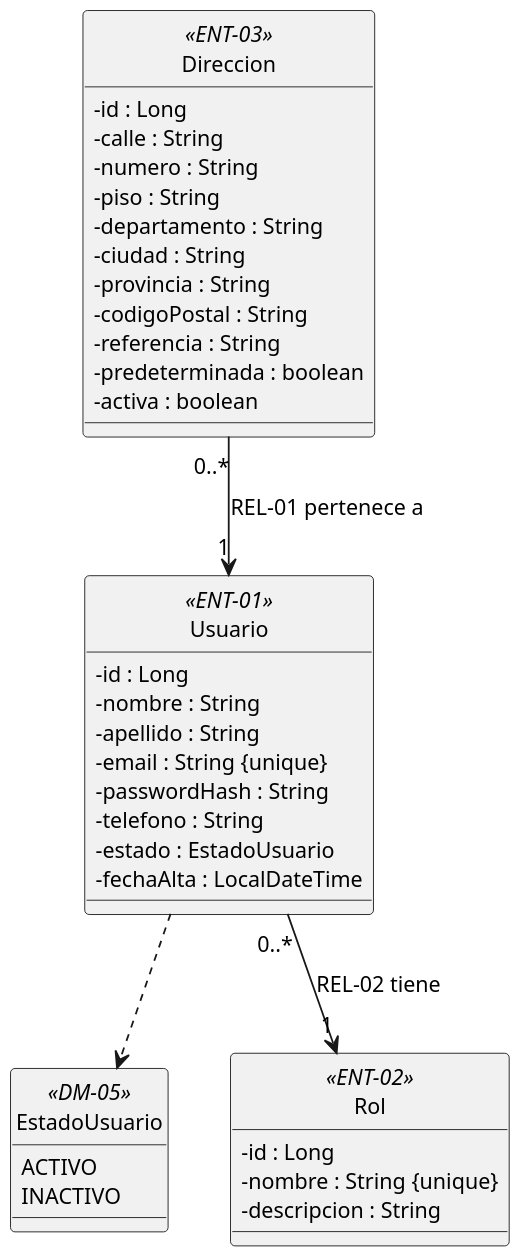
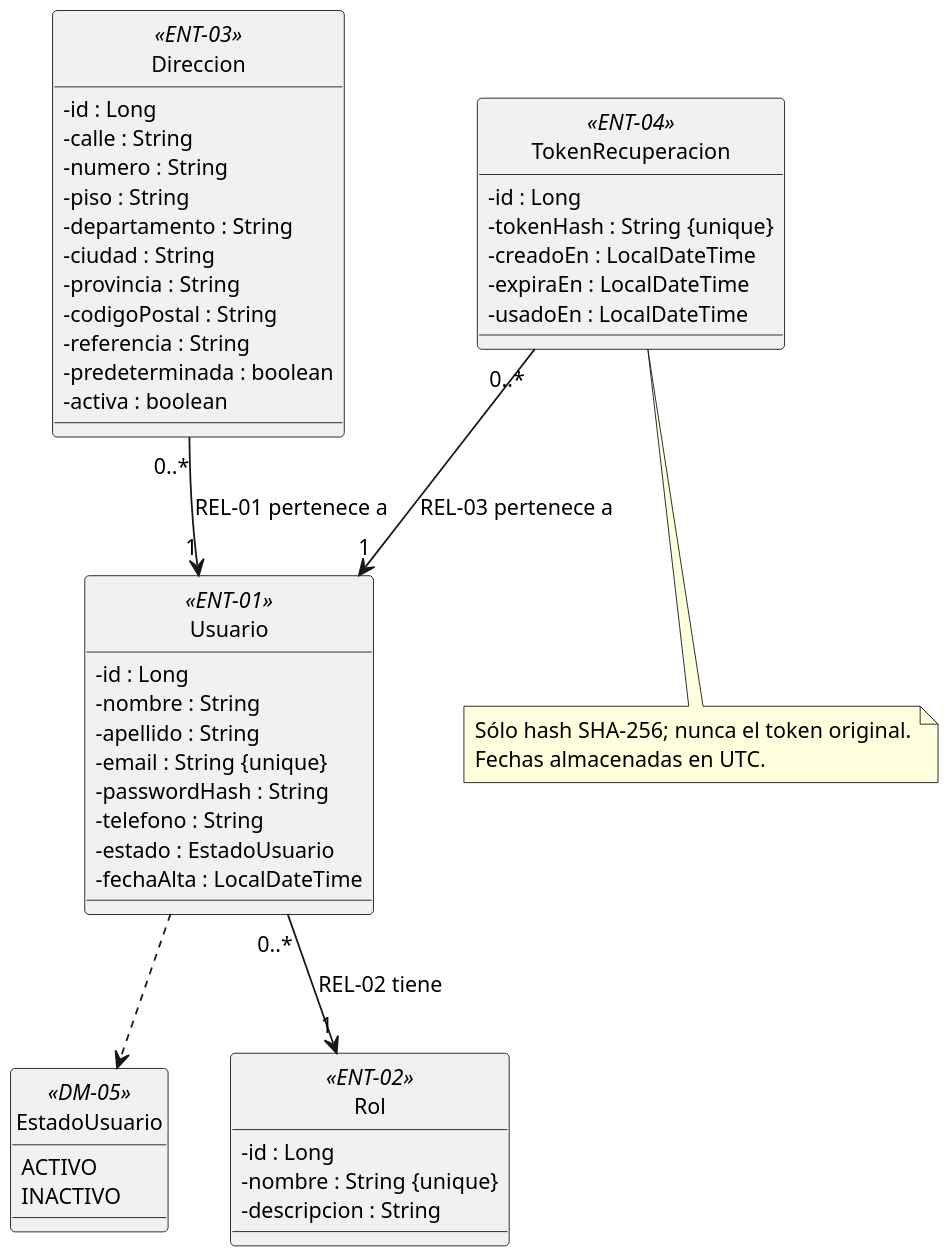
The diagram in doc/Diagramas/clases.puml (CarlaGorgal2002/deliverygo-usuarios-auth), drawn with PlantUML before and after one commit. The commit also changed 50 other files, not shown here.

Commit message:
docs: completar entrega con Postman, diagramas e integraciones verificadas

```diff
--- a/doc/Diagramas/clases.puml
+++ b/doc/Diagramas/clases.puml
@@ -1,41 +1,50 @@
 @startuml clases
 skinparam dpi 170
 skinparam classAttributeIconSize 0
 skinparam defaultFontSize 12
 hide circle
 class Usuario <<ENT-01>> {
   - id : Long
   - nombre : String
   - apellido : String
   - email : String {unique}
   - passwordHash : String
   - telefono : String
   - estado : EstadoUsuario
   - fechaAlta : LocalDateTime
 }
 enum EstadoUsuario <<DM-05>> {
   ACTIVO
   INACTIVO
 }
 class Rol <<ENT-02>> {
   - id : Long
   - nombre : String {unique}
   - descripcion : String
 }
 class Direccion <<ENT-03>> {
   - id : Long
   - calle : String
   - numero : String
   - piso : String
   - departamento : String
   - ciudad : String
   - provincia : String
   - codigoPostal : String
   - referencia : String
   - predeterminada : boolean
   - activa : boolean
 }
 Direccion "0..*" --> "1" Usuario : REL-01 pertenece a
 Usuario "0..*" --> "1" Rol : REL-02 tiene
 Usuario ..> EstadoUsuario
+class TokenRecuperacion <<ENT-04>> {
+  - id : Long
+  - tokenHash : String {unique}
+  - creadoEn : LocalDateTime
+  - expiraEn : LocalDateTime
+  - usadoEn : LocalDateTime
+}
+TokenRecuperacion "0..*" --> "1" Usuario : REL-03 pertenece a
+note bottom of TokenRecuperacion : Sólo hash SHA-256; nunca el token original.\nFechas almacenadas en UTC.
 @enduml
```
